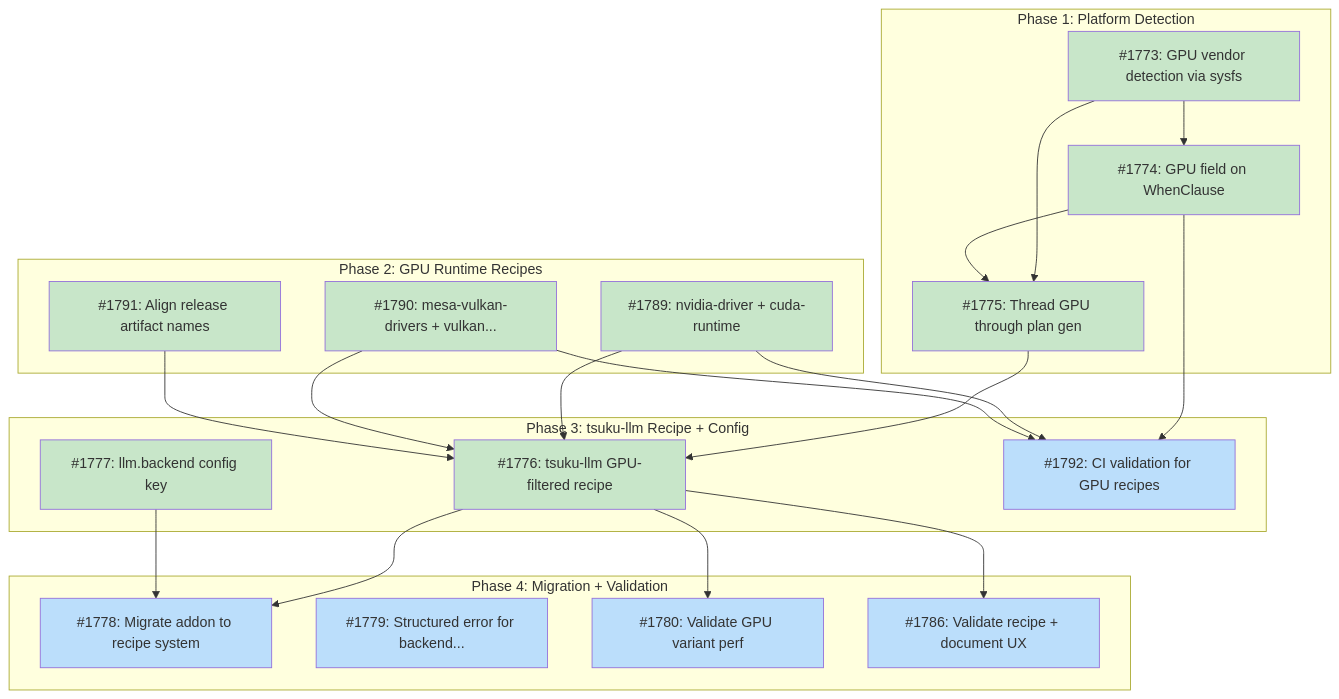
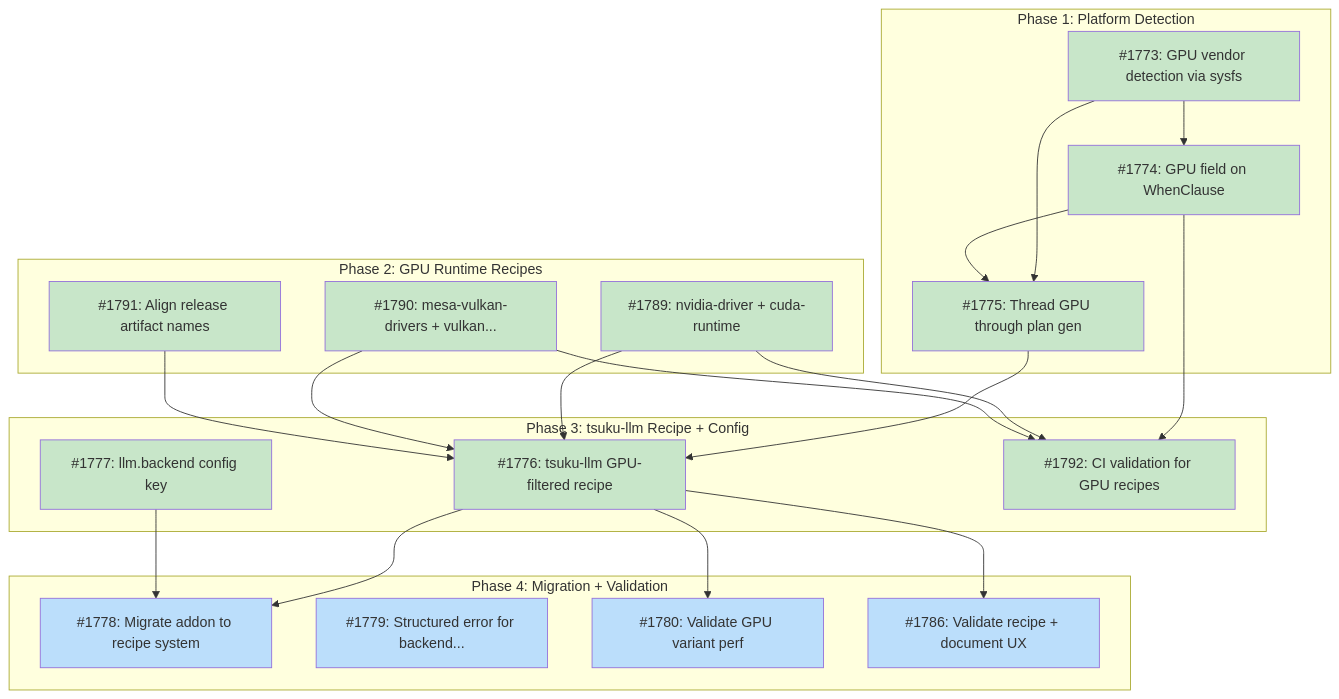
The diagram in docs/designs/DESIGN-gpu-backend-selection.md (tsukumogami/tsuku), drawn with Mermaid before and after one commit. The commit also changed other lines of this file and 4 other files, not shown here.

````diff
--- a/docs/designs/DESIGN-gpu-backend-selection.md
+++ b/docs/designs/DESIGN-gpu-backend-selection.md
@@ -72,51 +72,51 @@
 ```mermaid
 graph TD
     subgraph Phase1["Phase 1: Platform Detection"]
         I1773["#1773: GPU vendor detection via sysfs"]
         I1774["#1774: GPU field on WhenClause"]
         I1775["#1775: Thread GPU through plan gen"]
     end
 
     subgraph Phase2["Phase 2: GPU Runtime Recipes"]
         I1789["#1789: nvidia-driver + cuda-runtime"]
         I1790["#1790: mesa-vulkan-drivers + vulkan..."]
         I1791["#1791: Align release artifact names"]
     end
 
     subgraph Phase3["Phase 3: tsuku-llm Recipe + Config"]
         I1776["#1776: tsuku-llm GPU-filtered recipe"]
         I1777["#1777: llm.backend config key"]
         I1792["#1792: CI validation for GPU recipes"]
     end
 
     subgraph Phase4["Phase 4: Migration + Validation"]
         I1778["#1778: Migrate addon to recipe system"]
         I1779["#1779: Structured error for backend..."]
         I1780["#1780: Validate GPU variant perf"]
         I1786["#1786: Validate recipe + document UX"]
     end
 
     I1773 --> I1774
     I1773 --> I1775
     I1774 --> I1775
     I1774 --> I1792
     I1789 --> I1792
     I1790 --> I1792
     I1775 --> I1776
     I1789 --> I1776
     I1790 --> I1776
     I1791 --> I1776
     I1776 --> I1778
     I1777 --> I1778
     I1776 --> I1780
     I1776 --> I1786
 
     classDef done fill:#c8e6c9
     classDef ready fill:#bbdefb
     classDef blocked fill:#fff9c4
     classDef needsDesign fill:#e1bee7
     classDef tracksDesign fill:#FFE0B2,stroke:#F57C00,color:#000
 
-    class I1773,I1774,I1775,I1776,I1777,I1789,I1790,I1791 done
-    class I1778,I1779,I1780,I1786,I1792 ready
+    class I1773,I1774,I1775,I1776,I1777,I1789,I1790,I1791,I1792 done
+    class I1778,I1779,I1780,I1786 ready
 ```
````
